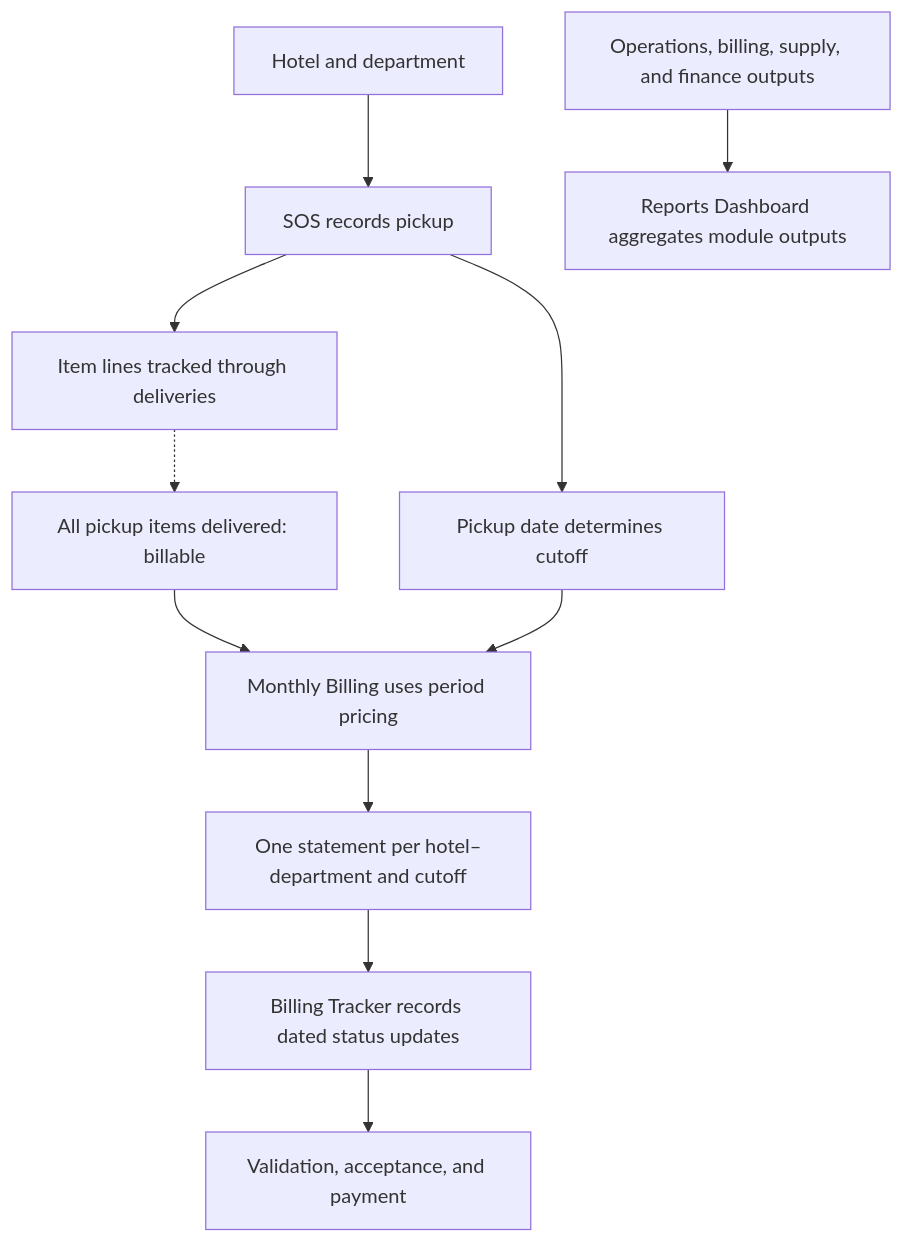
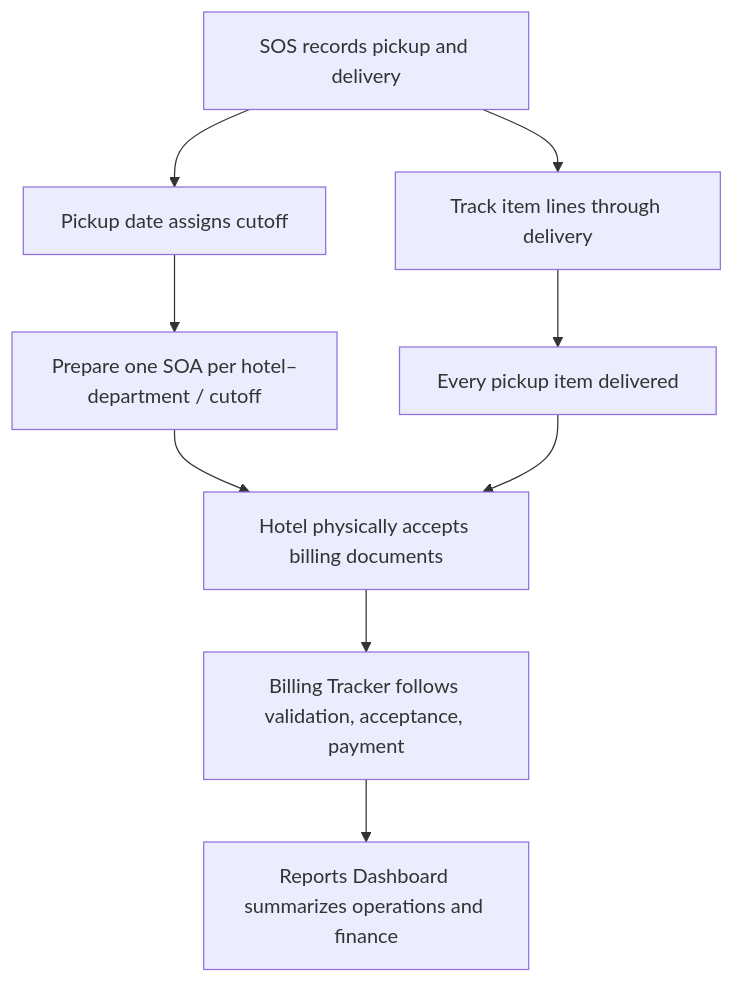
Before and after one commit to bonggonzalez/jumpin-wash-workspace-erp: the diagram in docs/implementation-walkthrough.md, drawn with Mermaid. The commit also changed other lines of this file and 3 other files, not shown here.

Commit message:
Reframe portfolio around the hotel service-to-billing control loop

````diff
--- a/docs/implementation-walkthrough.md
+++ b/docs/implementation-walkthrough.md
@@ -9,13 +11,11 @@
-```mermaid
+~~~mermaid
 flowchart TD
-  A["Hotel and department"] --> B["SOS records pickup"]
-  B --> C["Item lines tracked through deliveries"]
-  C -.-> D["All pickup items delivered: billable"]
-  B --> E["Pickup date determines cutoff"]
-  D --> F["Monthly Billing uses period pricing"]
-  E --> F
-  F --> G["One statement per hotel–department and cutoff"]
-  G --> H["Billing Tracker records dated status updates"]
-  H --> I["Validation, acceptance, and payment"]
-  J["Operations, billing, supply, and finance outputs"] --> K["Reports Dashboard aggregates module outputs"]
-```
+  A["SOS records pickup and delivery"] --> B["Track item lines through delivery"]
+  A --> C["Pickup date assigns cutoff"]
+  B --> D["Every pickup item delivered"]
+  C --> E["Prepare one SOA per hotel–department / cutoff"]
+  E --> F["Hotel physically accepts billing documents"]
+  D --> F
+  F --> G["Billing Tracker follows validation, acceptance, payment"]
+  G --> H["Reports Dashboard summarizes operations and finance"]
+~~~
````
